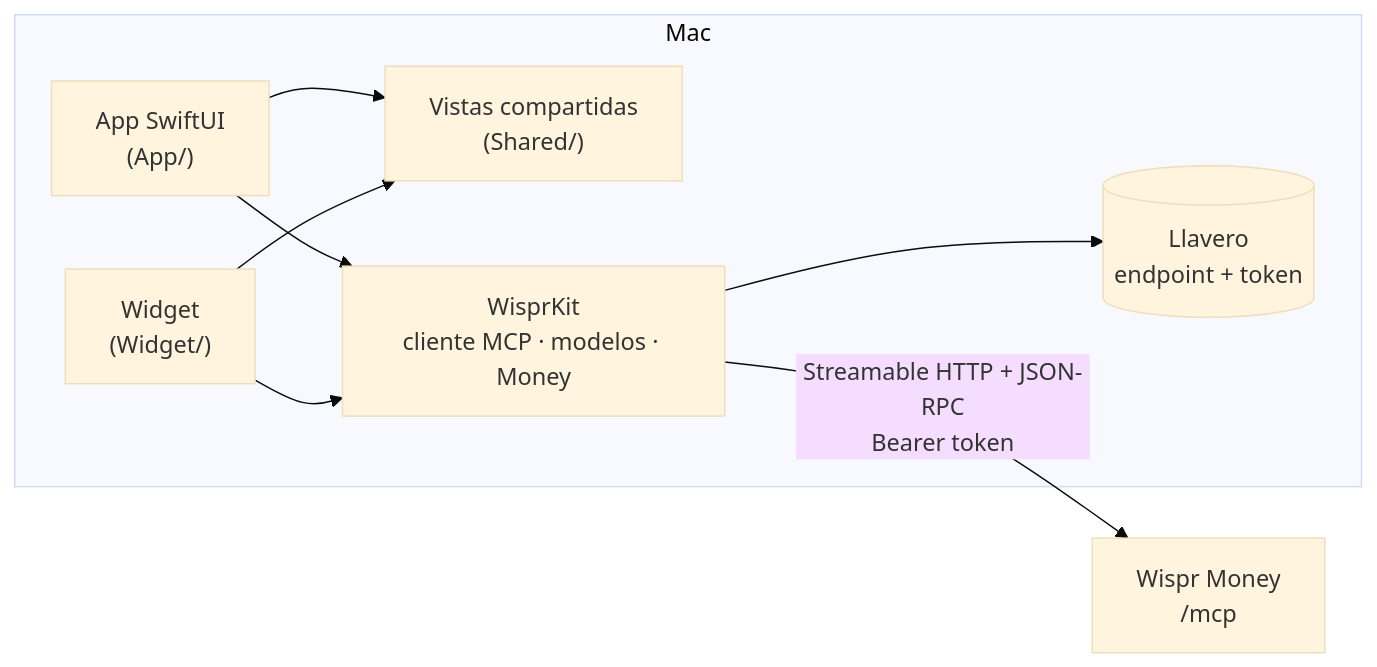
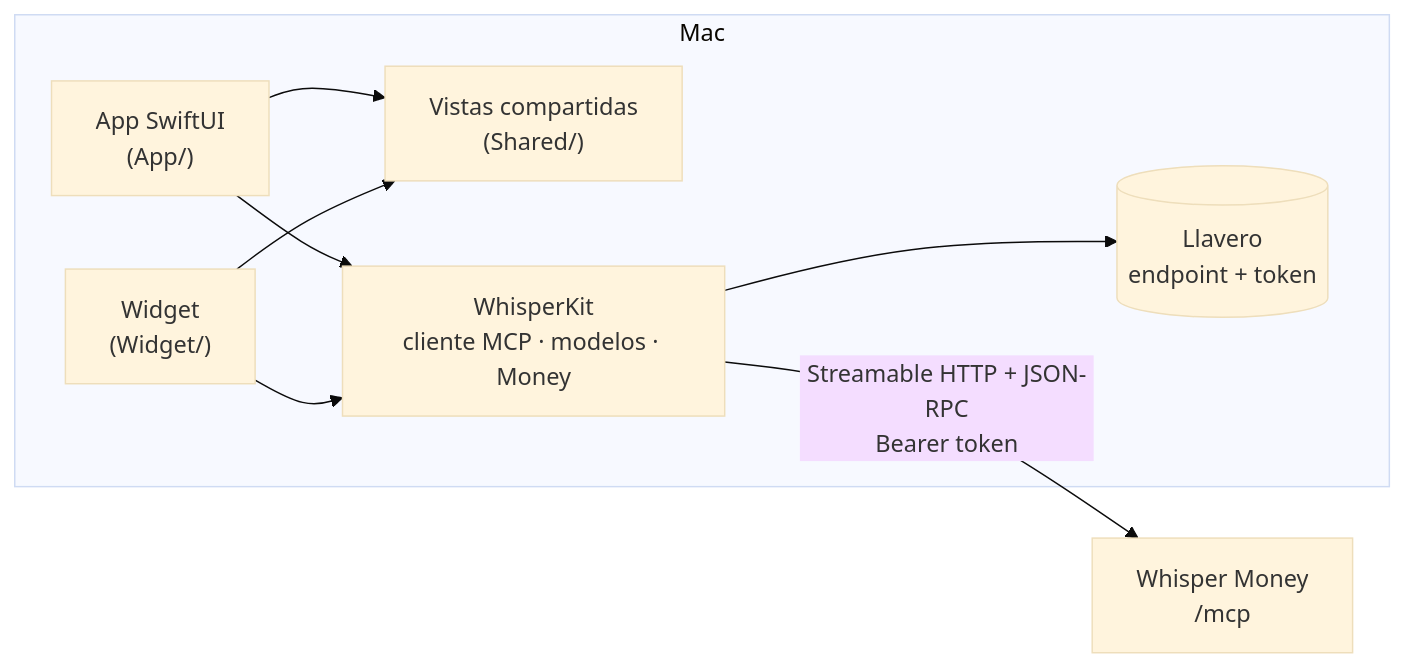
Before and after one commit to victor-falcon/whisper-money-mac: the diagram in README.md, drawn with Mermaid (base theme). The commit also changed other lines of this file and 36 other files, not shown here.

First line of the commit message:
Rename Wispr Money to Whisper Money everywhere

````diff
--- a/README.md
+++ b/README.md
@@ -130,18 +130,18 @@
 ```mermaid
 flowchart LR
   subgraph Mac
     App["App SwiftUI<br/>(App/)"]
     Widget["Widget<br/>(Widget/)"]
     Shared["Vistas compartidas<br/>(Shared/)"]
-    Kit["WisprKit<br/>cliente MCP · modelos · Money"]
+    Kit["WhisperKit<br/>cliente MCP · modelos · Money"]
     Keychain[("Llavero<br/>endpoint + token")]
   end
-  Server["Wispr Money<br/>/mcp"]
+  Server["Whisper Money<br/>/mcp"]
 
   App --> Shared
   Widget --> Shared
   App --> Kit
   Widget --> Kit
   Kit --> Keychain
   Kit -- "Streamable HTTP + JSON-RPC<br/>Bearer token" --> Server
 ```
````
